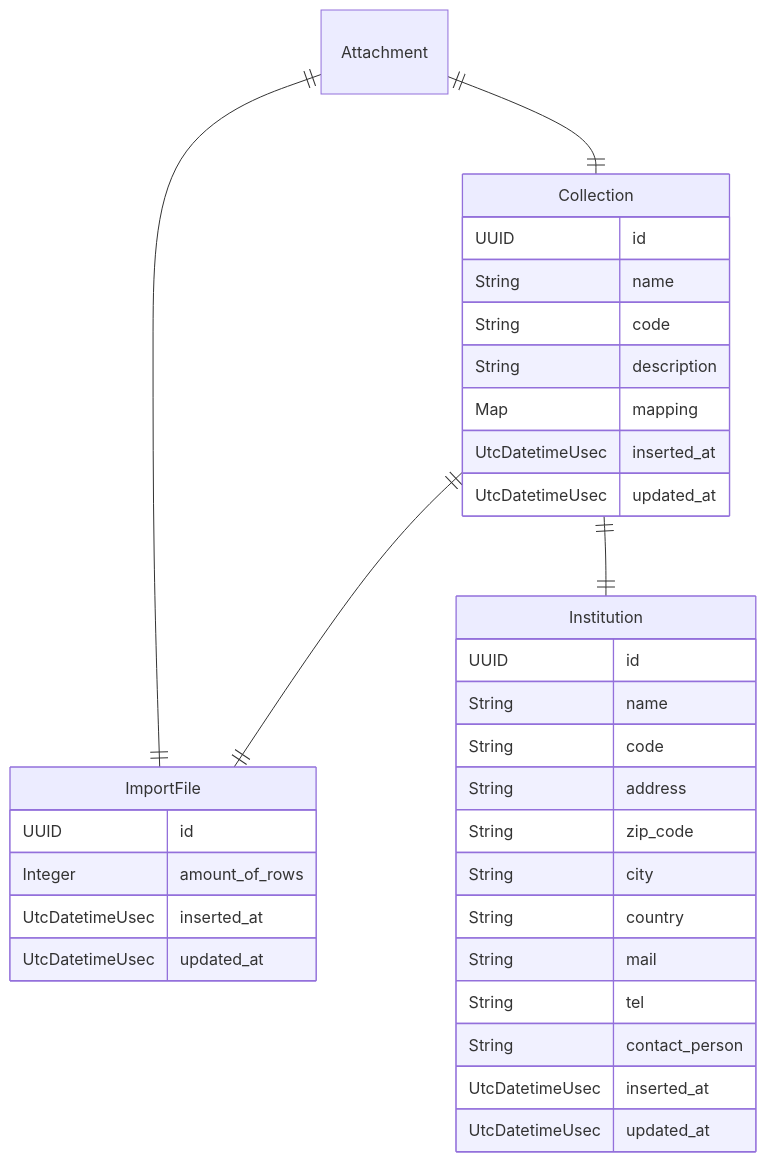
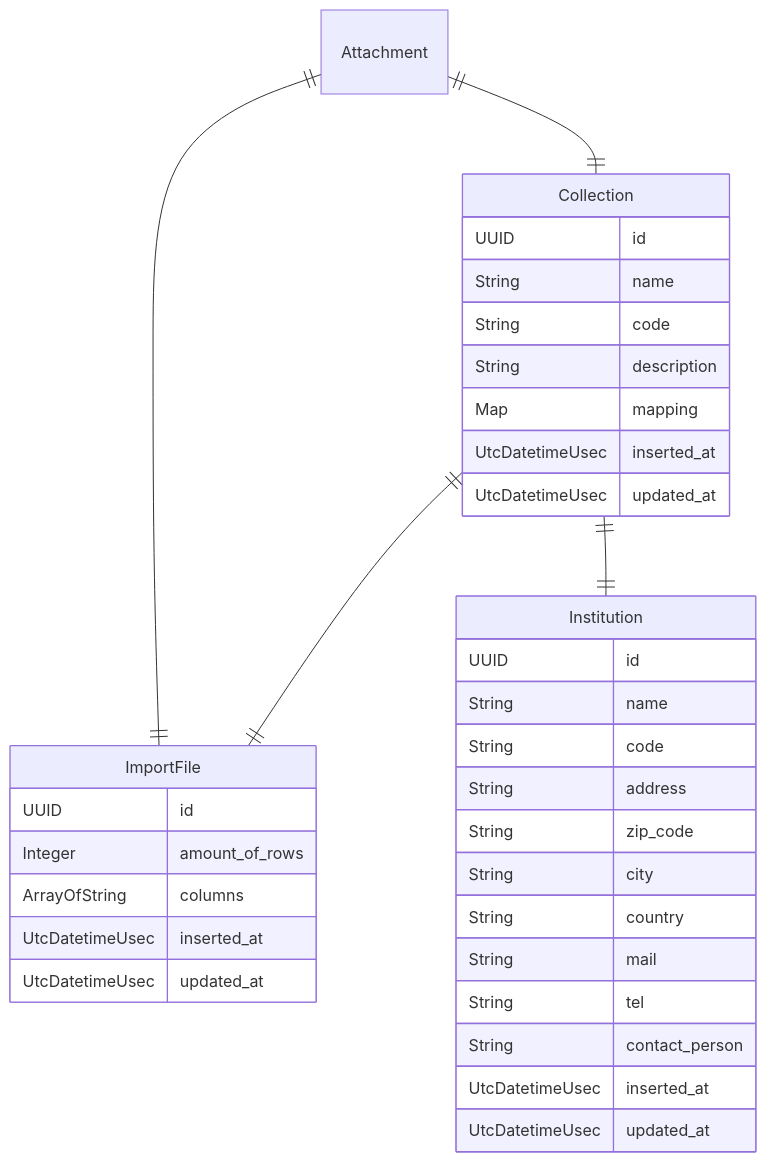
The second of 8 diagrams in docs/api.md (zebbra/data_aggregator), drawn with Mermaid before and after one commit. The commit also changed other lines of this file and 16 other files, not shown here.

````diff
--- a/docs/api.md
+++ b/docs/api.md
@@ -65,37 +63,38 @@
 ```mermaid
 erDiagram
     Institution {
         UUID id
         String name
         String code
         String address
         String zip_code
         String city
         String country
         String mail
         String tel
         String contact_person
         UtcDatetimeUsec inserted_at
         UtcDatetimeUsec updated_at
     }
     Collection {
         UUID id
         String name
         String code
         String description
         Map mapping
         UtcDatetimeUsec inserted_at
         UtcDatetimeUsec updated_at
     }
     ImportFile {
         UUID id
         Integer amount_of_rows
+        ArrayOfString columns
         UtcDatetimeUsec inserted_at
         UtcDatetimeUsec updated_at
     }
 
     Attachment ||--|| Collection : ""
     Attachment ||--|| ImportFile : ""
     Collection ||--|| ImportFile : ""
     Collection ||--|| Institution : ""
 ```
````
